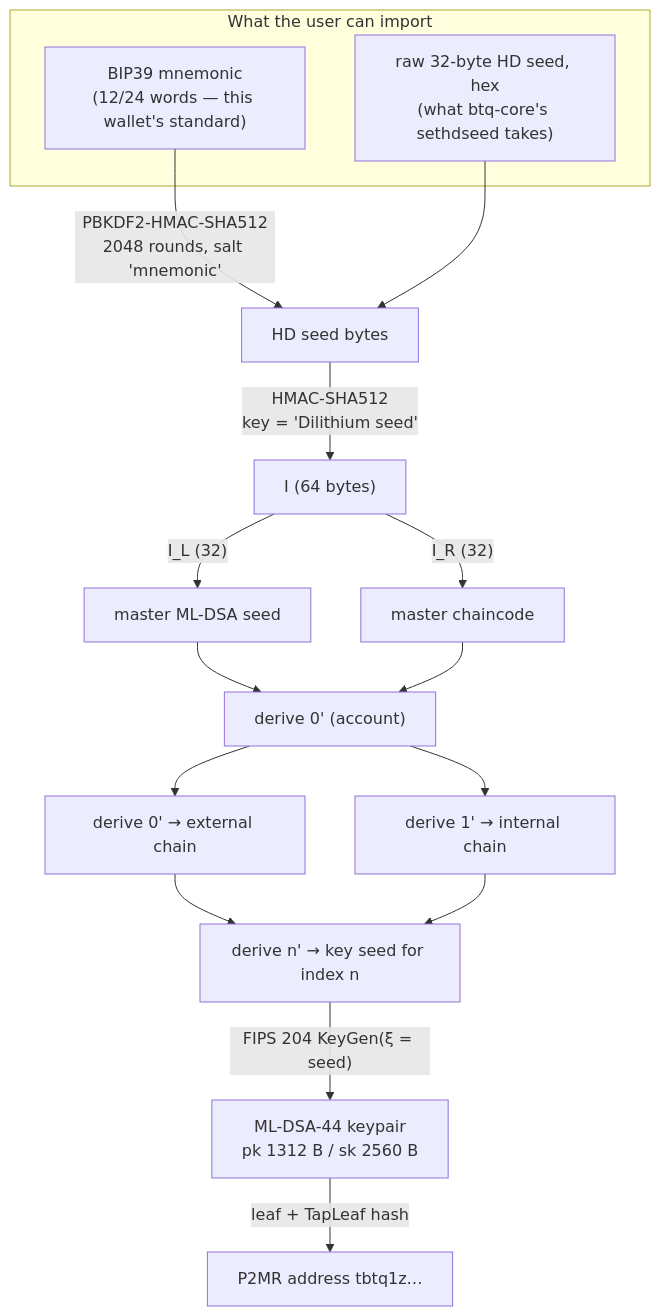
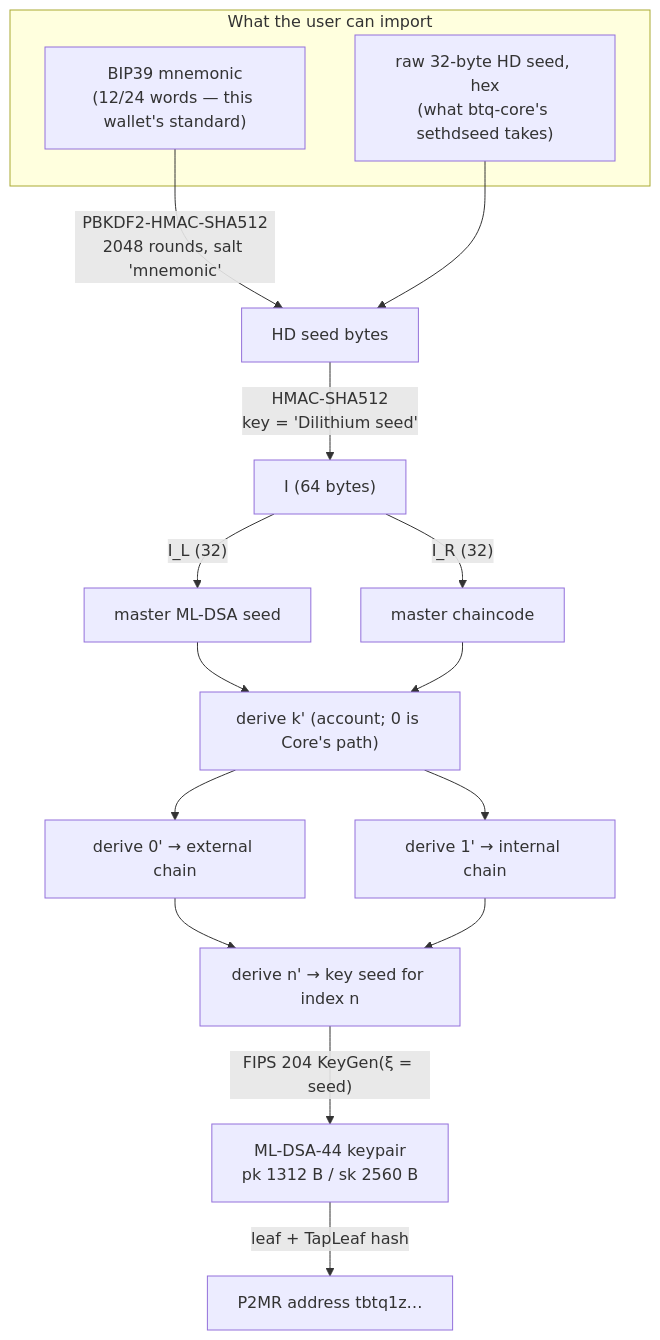
Before and after one commit to bussyjd/btq-browser-wallet: the first of 3 diagrams in docs/HD_IMPORT.md, drawn with Mermaid. The commit also changed other lines of this file and 41 other files, not shown here.

````diff
--- a/docs/HD_IMPORT.md
+++ b/docs/HD_IMPORT.md
@@ -22,24 +22,24 @@
 ```mermaid
 flowchart TD
     subgraph inputs ["What the user can import"]
         M["BIP39 mnemonic<br/>(12/24 words — this wallet's standard)"]
         R["raw 32-byte HD seed, hex<br/>(what btq-core's sethdseed takes)"]
     end
 
     M -- "PBKDF2-HMAC-SHA512<br/>2048 rounds, salt 'mnemonic'" --> S["HD seed bytes"]
     R --> S
 
     S -- "HMAC-SHA512<br/>key = 'Dilithium seed'" --> I0["I (64 bytes)"]
     I0 -- "I_L (32)" --> MS["master ML-DSA seed"]
     I0 -- "I_R (32)" --> MC["master chaincode"]
 
-    MS --> D0["derive 0' (account)"]
+    MS --> D0["derive k' (account; 0 is Core's path)"]
     MC --> D0
     D0 --> D1e["derive 0' → external chain"]
     D0 --> D1i["derive 1' → internal chain"]
     D1e --> DN["derive n' → key seed for index n"]
     D1i --> DN
 
     DN -- "FIPS 204 KeyGen(ξ = seed)" --> PK["ML-DSA-44 keypair<br/>pk 1312 B / sk 2560 B"]
     PK -- "leaf + TapLeaf hash" --> ADDR["P2MR address tbtq1z…"]
 ```
````
